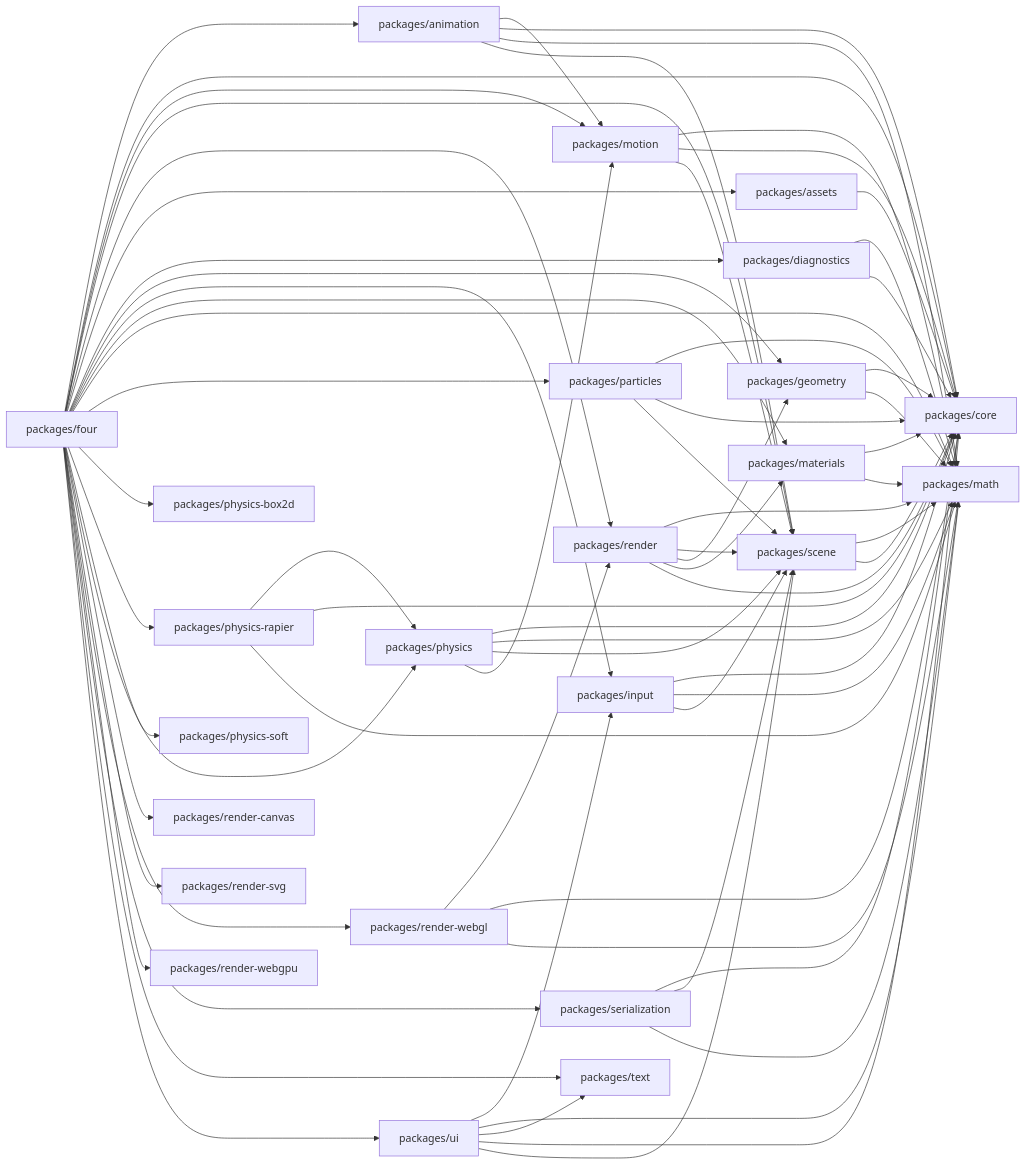
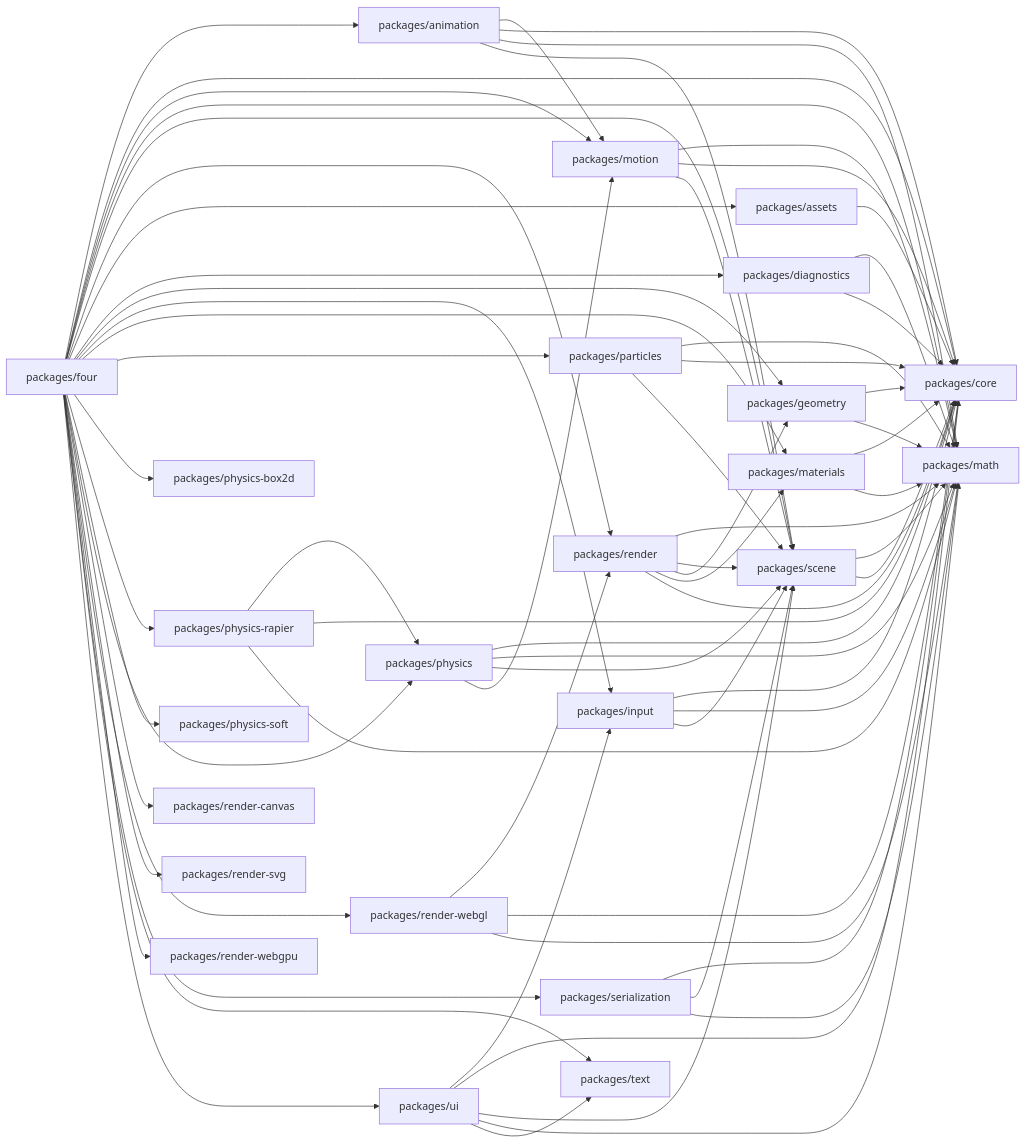
Before and after one commit to danielsimonjr/four.js: the first of 2 diagrams in docs/Architecture/DEPENDENCY_GRAPH.md, drawn with Mermaid. The commit also changed other lines of this file and 26 other files, not shown here.

````diff
--- a/docs/Architecture/DEPENDENCY_GRAPH.md
+++ b/docs/Architecture/DEPENDENCY_GRAPH.md
@@ -141,6 +141,7 @@
     P4 --> P0
     P4 --> P2
     P4 --> P9
+    P4 --> P8
     P4 --> P20
     P4 --> P15
     P4 --> P1
@@ -148,7 +149,6 @@
     P4 --> P5
     P4 --> P6
     P4 --> P7
-    P4 --> P8
     P4 --> P10
     P4 --> P12
     P4 --> P13
@@ -195,8 +195,8 @@
     P21 --> P20
     P21 --> P8
     P23 --> P6
+    P23 --> P2
+    P23 --> P20
     P23 --> P8
     P23 --> P22
-    P23 --> P2
-    P23 --> P20
 ```
````
